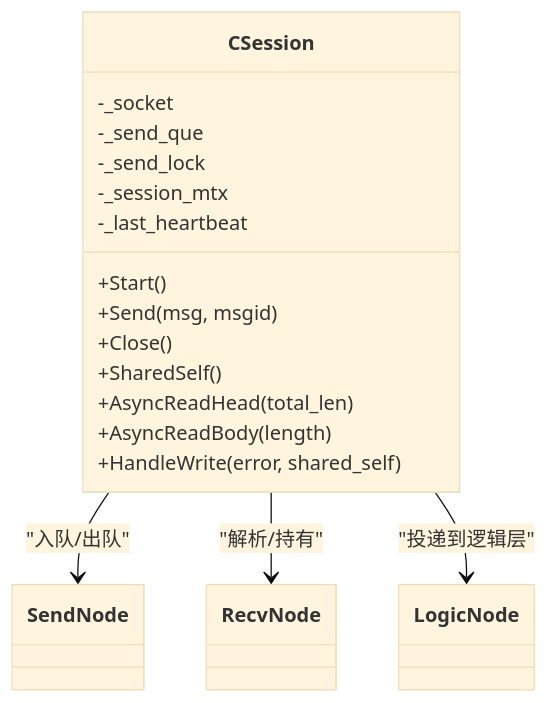
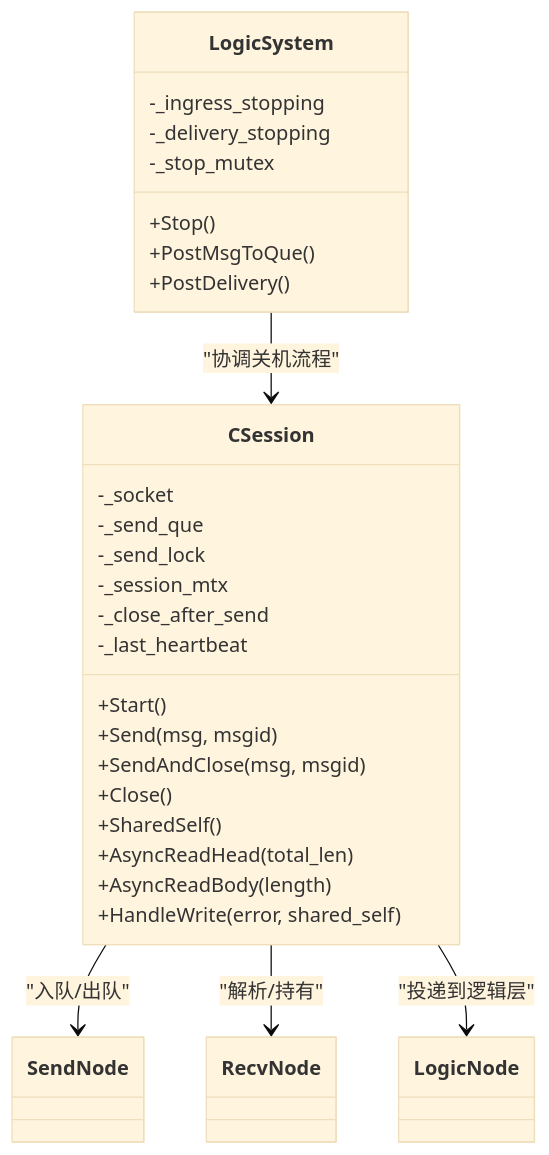
The second of 11 diagrams in .qoder/repowiki/zh/content/服务端开发/ChatServer聊天核心服务/会话管理/并发控制与同步.md (echo9923/mychatter), drawn with Mermaid (base theme) before and after one commit. The commit also changed other lines of this file and 54 other files, not shown here.

````diff
--- a/.qoder/repowiki/zh/content/服务端开发/ChatServer聊天核心服务/会话管理/并发控制与同步.md
+++ b/.qoder/repowiki/zh/content/服务端开发/ChatServer聊天核心服务/会话管理/并发控制与同步.md
@@ -76,23 +96,34 @@
 ```mermaid
 classDiagram
 class CSession {
 +Start()
 +Send(msg, msgid)
++SendAndClose(msg, msgid)
 +Close()
 +SharedSelf()
 +AsyncReadHead(total_len)
 +AsyncReadBody(length)
 +HandleWrite(error, shared_self)
 -_socket
 -_send_que
 -_send_lock
 -_session_mtx
+-_close_after_send
 -_last_heartbeat
+}
+class LogicSystem {
++Stop()
++PostMsgToQue()
++PostDelivery()
+-_ingress_stopping
+-_delivery_stopping
+-_stop_mutex
 }
 class SendNode
 class RecvNode
 class LogicNode
 CSession --> SendNode : "入队/出队"
 CSession --> RecvNode : "解析/持有"
 CSession --> LogicNode : "投递到逻辑层"
+LogicSystem --> CSession : "协调关机流程"
 ```
````
